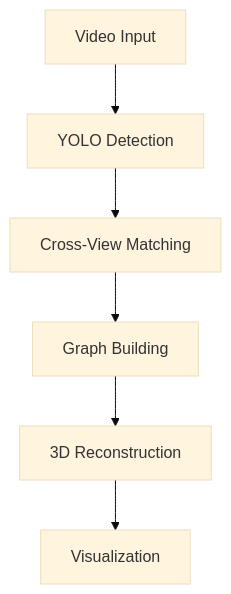
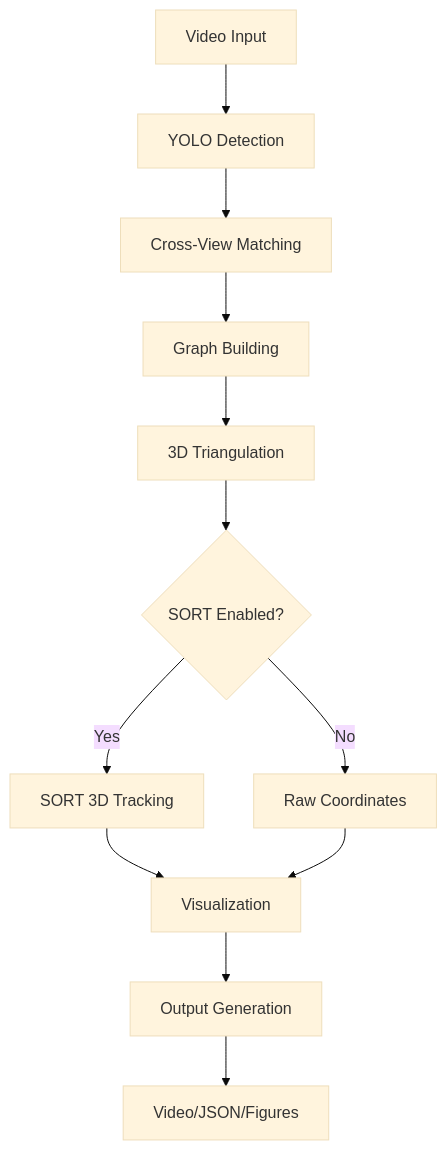
Before and after one commit to bielaltoe/4_camera_norm_tracker: the diagram in readme.md, drawn with Mermaid (base theme). The commit also changed other lines of this file and 38 other files, not shown here.

First line of the commit message:
Implement 3D Position Reconstruction and Visualization Tools

````diff
--- a/readme.md
+++ b/readme.md
@@ -153,8 +337,14 @@
 ```mermaid
 graph TD
     A[Video Input] --> B[YOLO Detection]
     B --> C[Cross-View Matching]
     C --> D[Graph Building]
-    D --> E[3D Reconstruction]
-    E --> F[Visualization]
+    D --> E[3D Triangulation]
+    E --> F{SORT Enabled?}
+    F -->|Yes| G[SORT 3D Tracking]
+    F -->|No| H[Raw Coordinates]
+    G --> I[Visualization]
+    H --> I
+    I --> J[Output Generation]
+    J --> K[Video/JSON/Figures]
 ```
````
